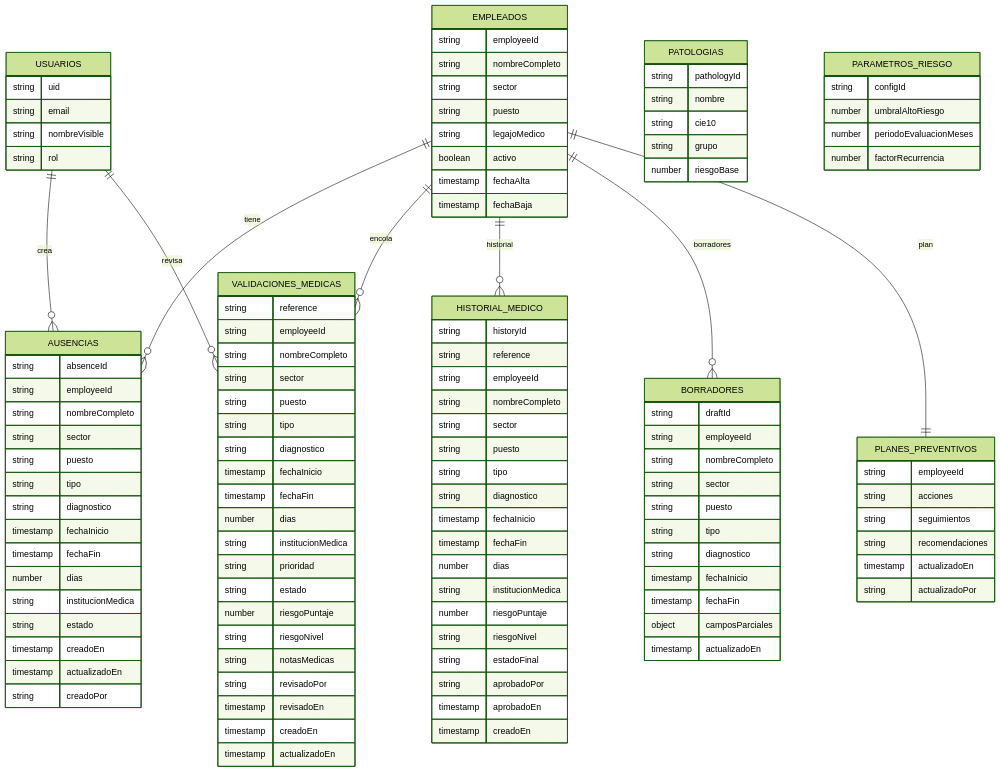
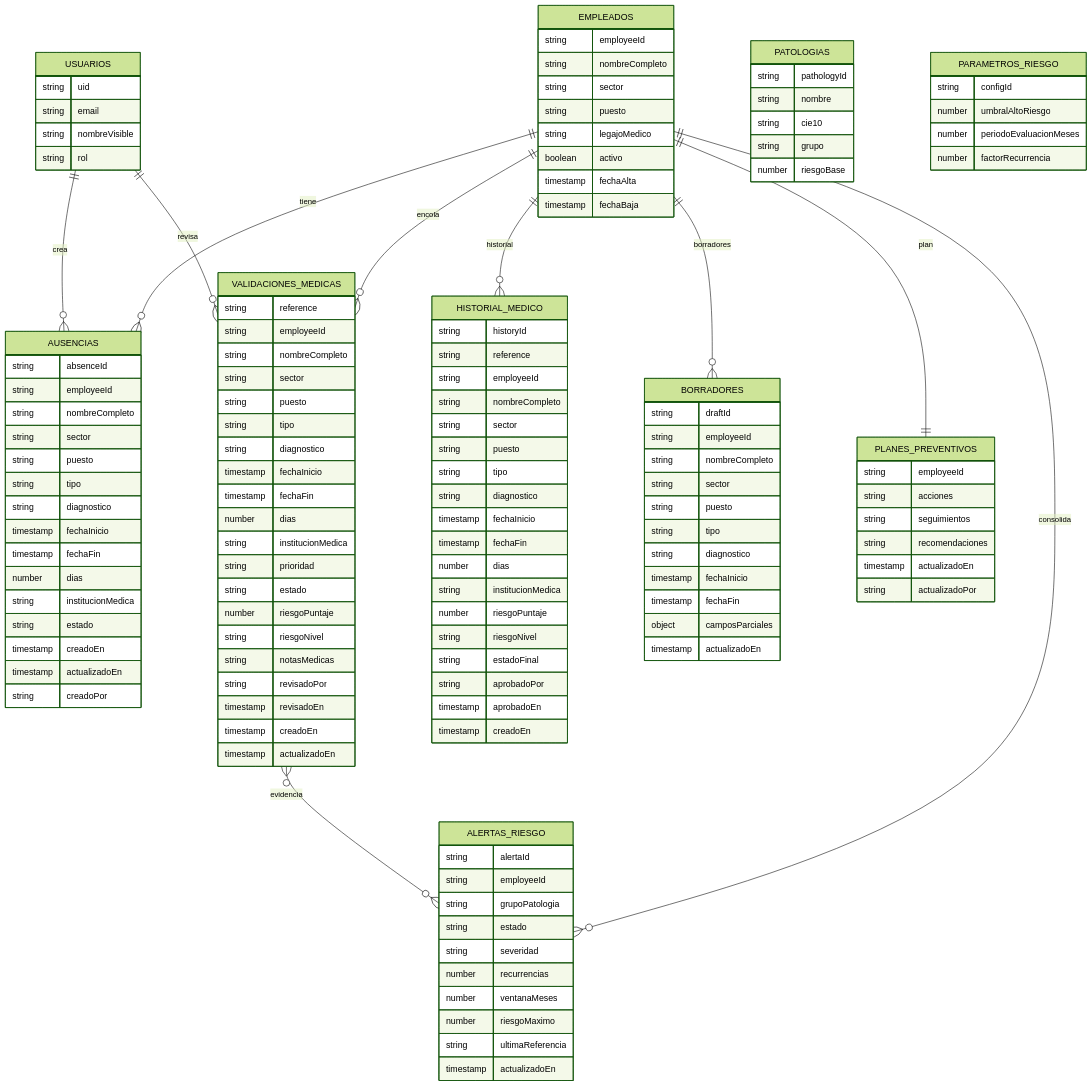
The diagram in docs/firebase_schema.md (Gabrielo83/DSS-DeteccionRiesgosSalud), drawn with Mermaid (forest theme) before and after one commit. The commit also changed other lines of this file and 8 other files, not shown here.

````diff
--- a/docs/firebase_schema.md
+++ b/docs/firebase_schema.md
@@ -294,11 +311,26 @@
     number factorRecurrencia
   }
 
+  ALERTAS_RIESGO {
+    string alertaId
+    string employeeId
+    string grupoPatologia
+    string estado
+    string severidad
+    number recurrencias
+    number ventanaMeses
+    number riesgoMaximo
+    string ultimaReferencia
+    timestamp actualizadoEn
+  }
+
   EMPLEADOS ||--o{ AUSENCIAS : tiene
   EMPLEADOS ||--o{ VALIDACIONES_MEDICAS : encola
   EMPLEADOS ||--o{ HISTORIAL_MEDICO : historial
   EMPLEADOS ||--o{ BORRADORES : borradores
   EMPLEADOS ||--|| PLANES_PREVENTIVOS : plan
+  EMPLEADOS ||--o{ ALERTAS_RIESGO : consolida
+  VALIDACIONES_MEDICAS }o--o{ ALERTAS_RIESGO : evidencia
   USUARIOS ||--o{ AUSENCIAS : crea
   USUARIOS ||--o{ VALIDACIONES_MEDICAS : revisa
 ```
````
